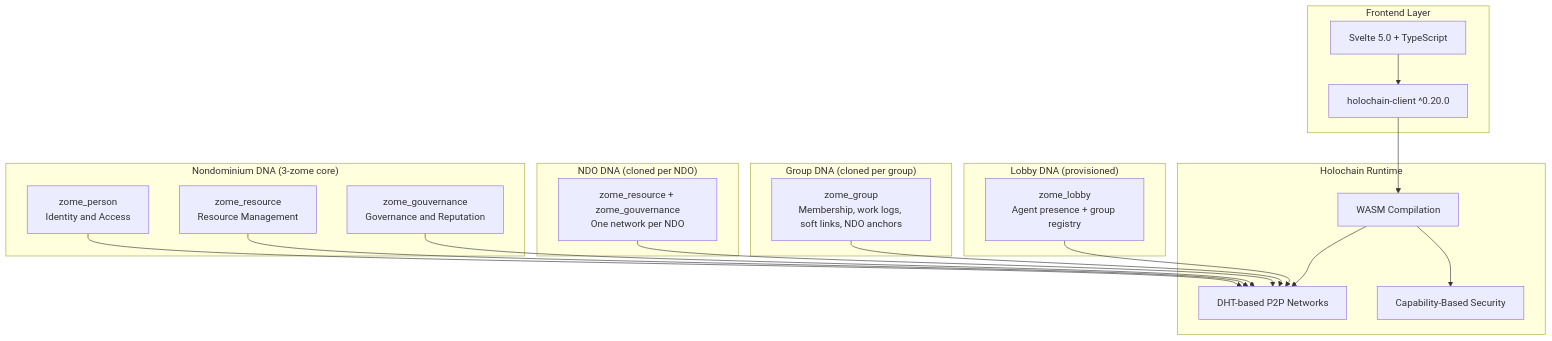
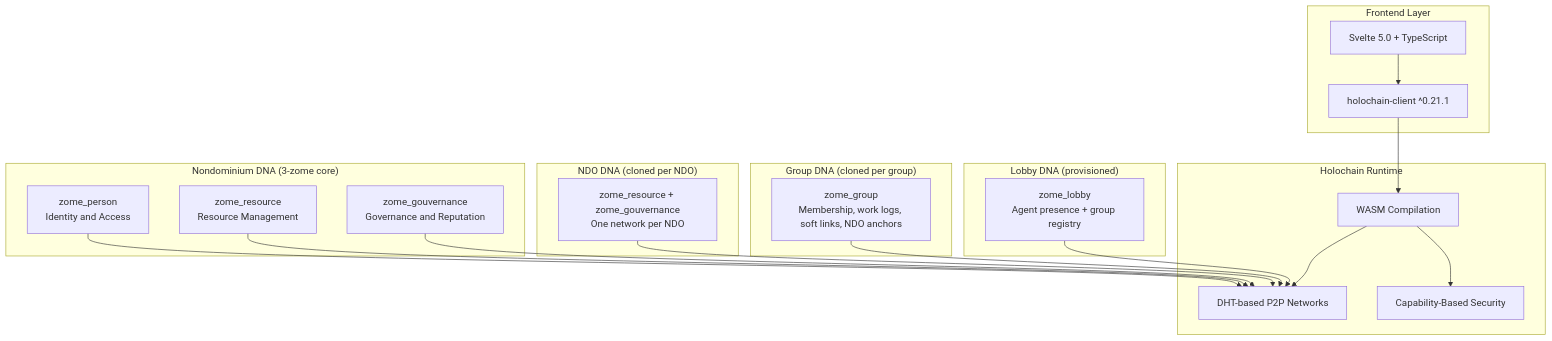
One commit to Sensorica/nondominium changed the first of 13 diagrams in documentation/ARCHITECTURE_COMPONENTS.md. Above: the diagram before and after it, drawn with Mermaid. The commit also changed other lines of this file and 45 other files, not shown here.

````diff
--- a/documentation/ARCHITECTURE_COMPONENTS.md
+++ b/documentation/ARCHITECTURE_COMPONENTS.md
@@ -28,43 +28,43 @@
 ```mermaid
 graph TB
     subgraph "Frontend Layer"
         UI["Svelte 5.0 + TypeScript"]
-        Client["holochain-client ^0.20.0"]
+        Client["holochain-client ^0.21.1"]
     end
 
     subgraph "Holochain Runtime"
         WASM[WASM Compilation]
         DHT[DHT-based P2P Networks]
         CapSec[Capability-Based Security]
     end
 
     subgraph "Lobby DNA (provisioned)"
         Lobby["zome_lobby<br/>Agent presence + group registry"]
     end
 
     subgraph "Group DNA (cloned per group)"
         Group["zome_group<br/>Membership, work logs, soft links, NDO anchors"]
     end
 
     subgraph "NDO DNA (cloned per NDO)"
         NdoCell["zome_resource + zome_gouvernance<br/>One network per NDO"]
     end
 
     subgraph "Nondominium DNA (3-zome core)"
         Person["zome_person<br/>Identity and Access"]
         Resource["zome_resource<br/>Resource Management"]
         Gov["zome_gouvernance<br/>Governance and Reputation"]
     end
 
     UI --> Client
     Client --> WASM
     WASM --> DHT
     WASM --> CapSec
 
     Lobby --> DHT
     Group --> DHT
     NdoCell --> DHT
     Person --> DHT
     Resource --> DHT
     Gov --> DHT
 ```
````
